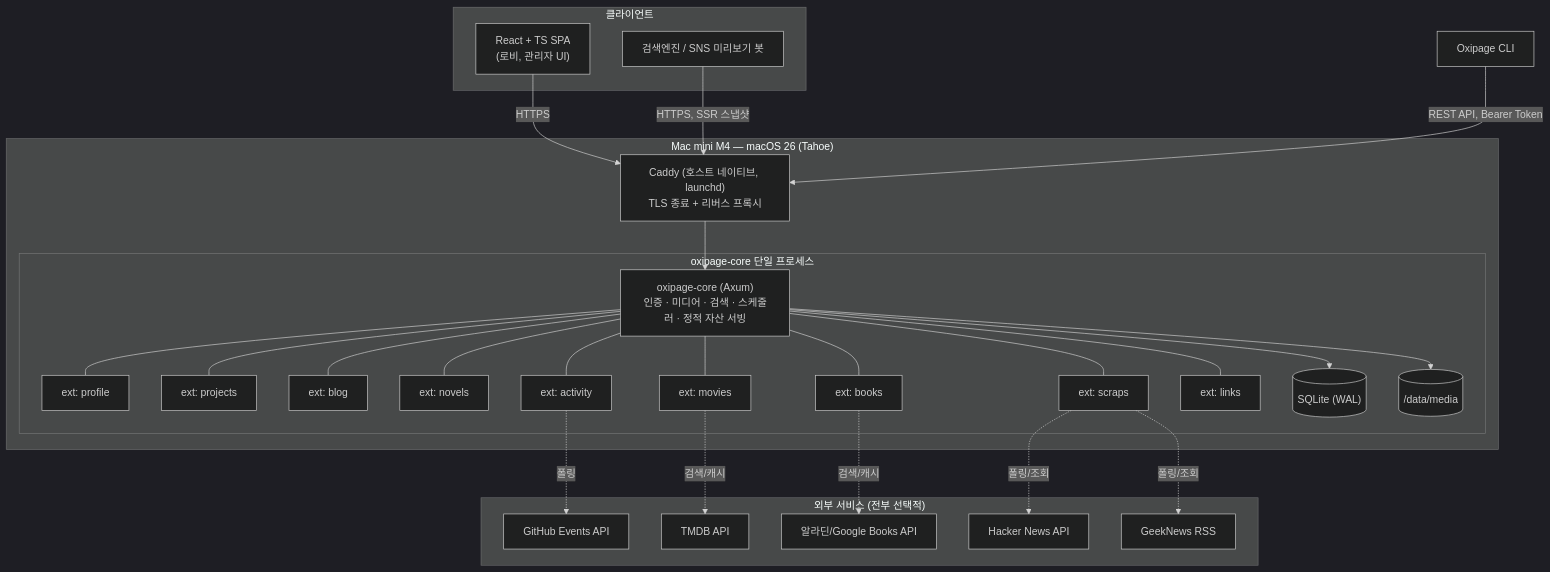
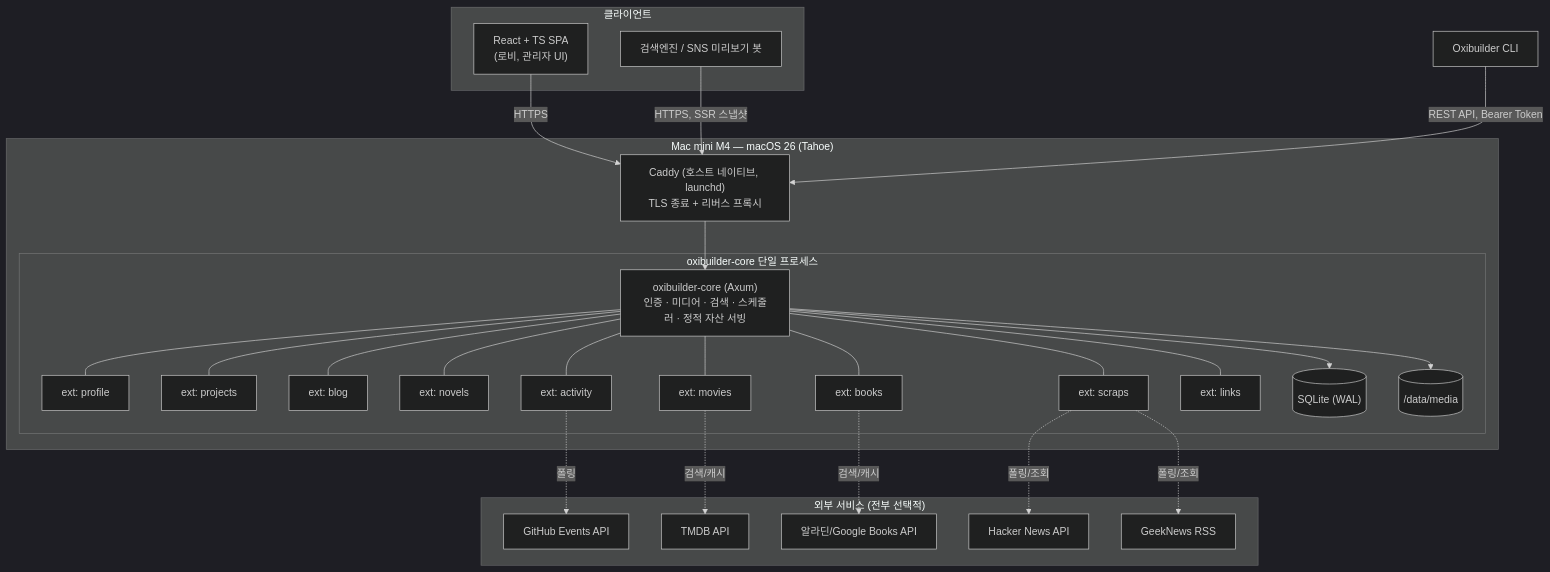
One commit to a7garden/oxipage changed the second of 2 diagrams in doc/01-architecture.md. Above: the diagram before and after it, drawn with Mermaid (dark theme). The commit also changed other lines of this file and 399 other files, not shown here.

First line of the commit message:
refactor: rename oxipage → oxibuilder

````diff
--- a/doc/01-architecture.md
+++ b/doc/01-architecture.md
@@ -46,31 +46,31 @@
 ```mermaid
 graph TB
     subgraph Client["클라이언트"]
         SPA["React + TS SPA<br/>(로비, 관리자 UI)"]
         Crawler["검색엔진 / SNS 미리보기 봇"]
     end
 
     subgraph Host["Mac mini M4 — macOS 26 (Tahoe)"]
-        subgraph Process["oxipage-core 단일 프로세스"]
-            Core["oxipage-core (Axum)<br/>인증 · 미디어 · 검색 · 스케줄러 · 정적 자산 서빙"]
+        subgraph Process["oxibuilder-core 단일 프로세스"]
+            Core["oxibuilder-core (Axum)<br/>인증 · 미디어 · 검색 · 스케줄러 · 정적 자산 서빙"]
             Ext1["ext: profile"]; Ext2["ext: projects"]; Ext3["ext: blog"]
             Ext4["ext: novels"]; Ext5["ext: scraps"]; Ext6["ext: activity"]
             Ext7["ext: movies"]; Ext8["ext: books"]; Ext9["ext: links"]
             Core --- Ext1 & Ext2 & Ext3 & Ext4 & Ext5 & Ext6 & Ext7 & Ext8 & Ext9
             SQLite[("SQLite (WAL)")]; Media[("/data/media")]
             Core --> SQLite; Core --> Media
         end
         Caddy["Caddy (호스트 네이티브, launchd)<br/>TLS 종료 + 리버스 프록시"]
     end
 
     subgraph External["외부 서비스 (전부 선택적)"]
         GH["GitHub Events API"]; TMDB["TMDB API"]
         Aladin["알라딘/Google Books API"]; HN["Hacker News API"]; GN["GeekNews RSS"]
     end
 
     SPA -->|HTTPS| Caddy --> Core
     Crawler -->|HTTPS, SSR 스냅샷| Caddy
     Ext6 -.폴링.-> GH; Ext7 -.검색/캐시.-> TMDB
     Ext8 -.검색/캐시.-> Aladin; Ext5 -.폴링/조회.-> HN & GN
-    CLI["Oxipage CLI"] -->|REST API, Bearer Token| Caddy
+    CLI["Oxibuilder CLI"] -->|REST API, Bearer Token| Caddy
 ```
````
